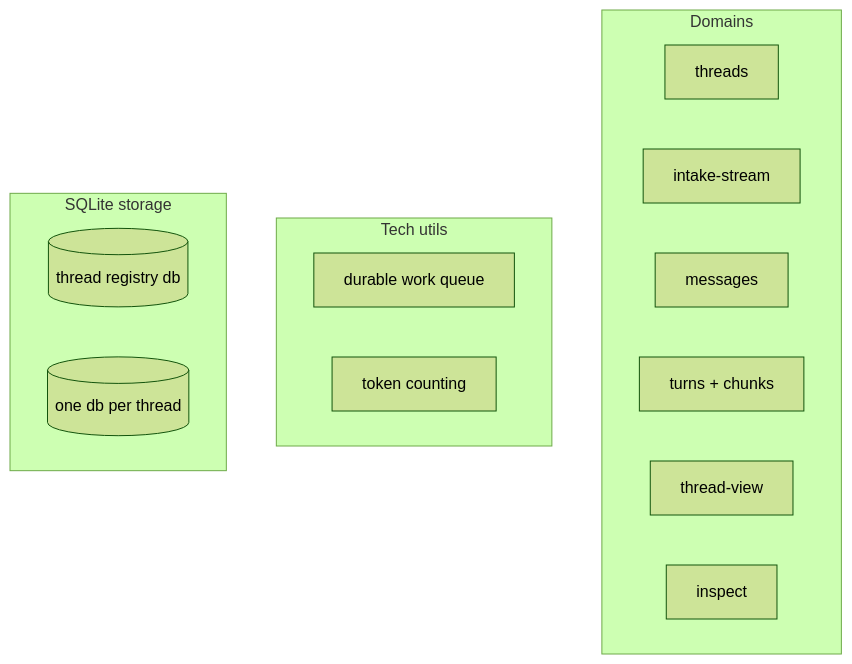
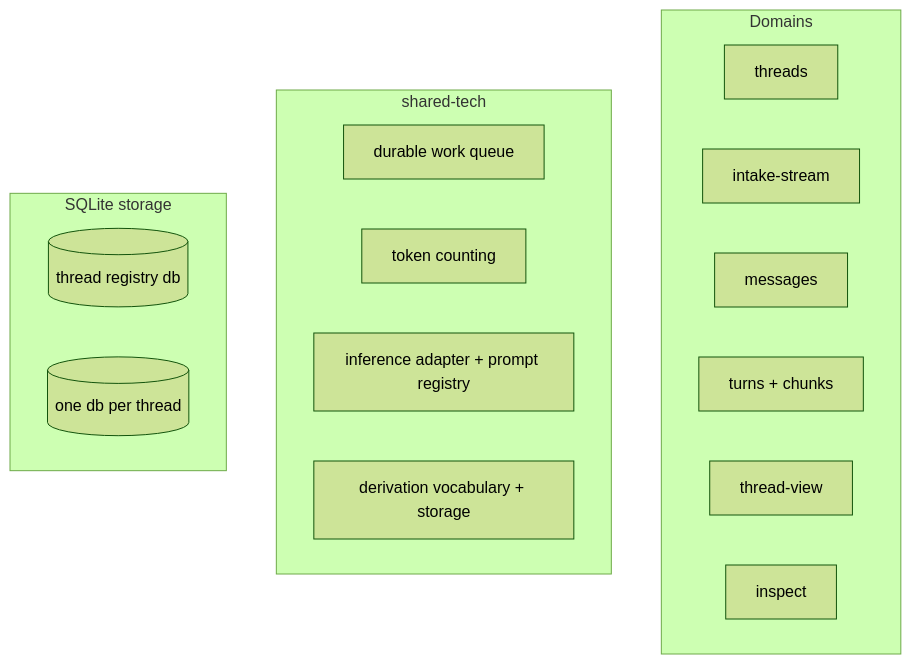
The first of 2 diagrams in docs/specs/01-lhc-sdk/01-tech-arch.md (liminal-ai/long-horizon-context), drawn with Mermaid (forest theme) before and after one commit. The commit also changed other lines of this file and 447 other files, not shown here.

Commit message:
Checkpoint Epic 07 architecture realignment state

````diff
--- a/docs/specs/01-lhc-sdk/01-tech-arch.md
+++ b/docs/specs/01-lhc-sdk/01-tech-arch.md
@@ -45,19 +45,21 @@
 ```mermaid
 flowchart TD
   subgraph Domains
     TH[threads]
     IS[intake-stream]
     MS[messages]
     TU[turns + chunks]
     TV[thread-view]
     IN[inspect]
   end
-  subgraph Utils[Tech utils]
+  subgraph SharedTech[shared-tech]
     DW[durable work queue]
     TC[token counting]
+    IA[inference adapter + prompt registry]
+    DV[derivation vocabulary + storage]
   end
   subgraph Storage[SQLite storage]
     RG[(thread registry db)]
     SQ[(one db per thread)]
   end
 ```
````
